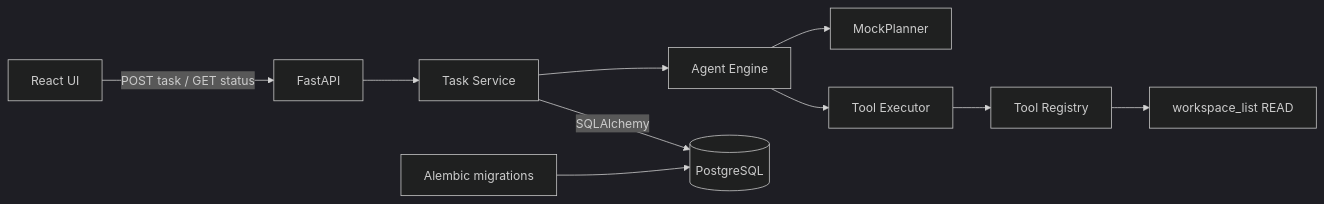
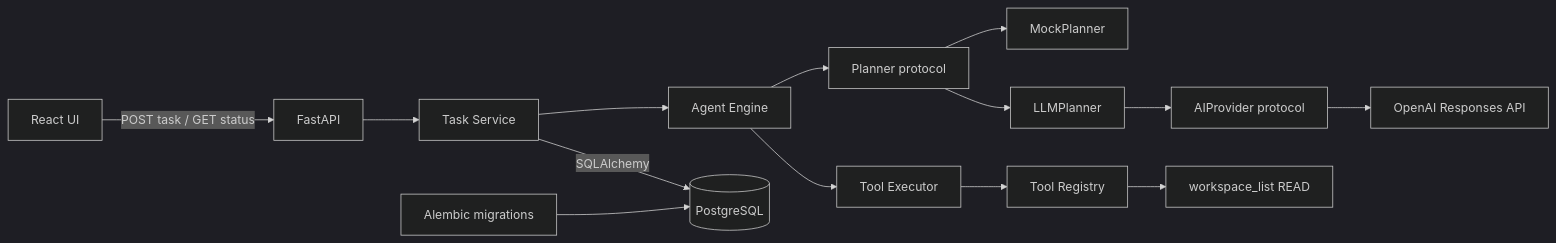
One commit to EstiveJobson/aura changed the diagram in docs/architecture.md. Above: the diagram before and after it, drawn with Mermaid (dark theme). The commit also changed other lines of this file and 26 other files, not shown here.

````diff
--- a/docs/architecture.md
+++ b/docs/architecture.md
@@ -17,12 +18,16 @@
 ```mermaid
 flowchart LR
     Browser[React UI] -->|POST task / GET status| API[FastAPI]
     API --> Service[Task Service]
     Service --> Engine[Agent Engine]
-    Engine --> Planner[MockPlanner]
+    Engine --> Planner[Planner protocol]
+    Planner --> Mock[MockPlanner]
+    Planner --> LLM[LLMPlanner]
+    LLM --> Provider[AIProvider protocol]
+    Provider --> OpenAI[OpenAI Responses API]
     Engine --> Executor[Tool Executor]
     Executor --> Registry[Tool Registry]
     Registry --> Tool[workspace_list READ]
     Service -->|SQLAlchemy| PostgreSQL[(PostgreSQL)]
     Alembic[Alembic migrations] --> PostgreSQL
 ```
````
